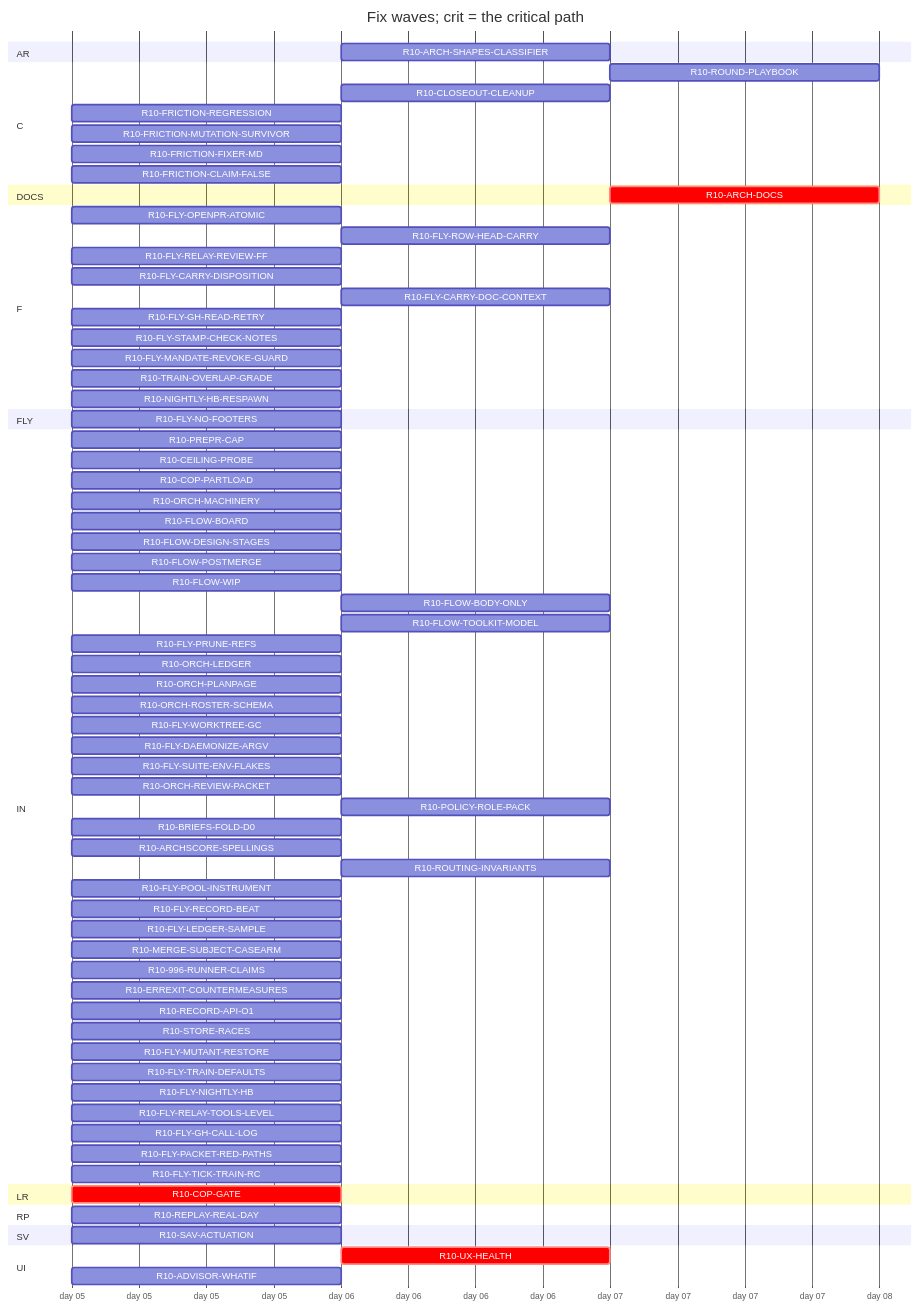
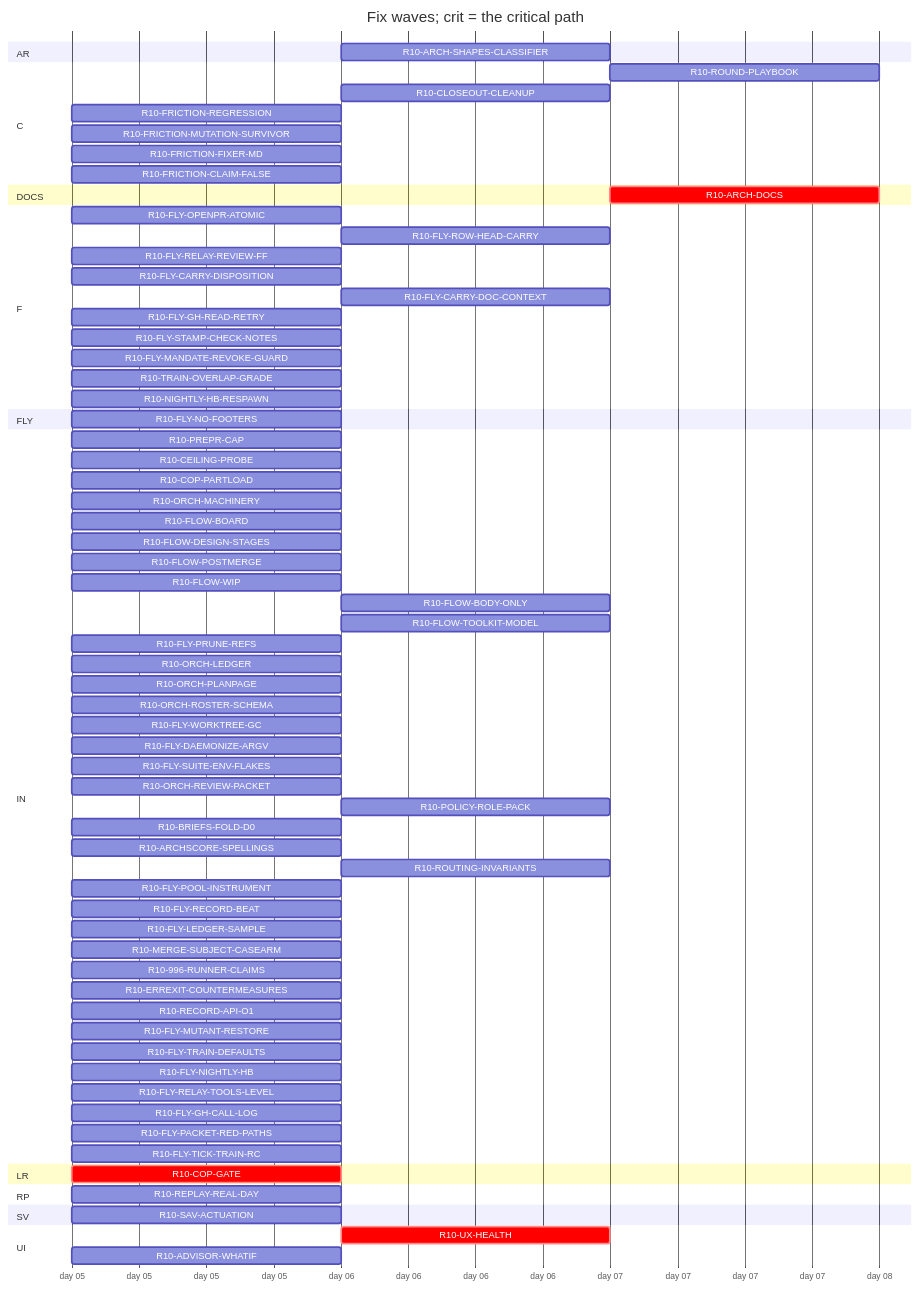
The diagram in handoff/round10/state/PLAN-TABLE.md (tvofi/heatpump_optimizer), drawn with Mermaid before and after one commit. The commit also changed other lines of this file and 3 other files, not shown here.

Commit message:
state: FLOW-BOARD.md, NEXT-SESSION-PROMPT.md, PLAN-TABLE.md, RESUME-CURRENT.md regenerated (state_docs.py)

````diff
--- a/handoff/round10/state/PLAN-TABLE.md
+++ b/handoff/round10/state/PLAN-TABLE.md
@@ -23,77 +23,76 @@
 ```mermaid
 gantt
   title Fix waves; crit = the critical path
   dateFormat YYYY-MM-DD
   axisFormat day %d
   section AR
     R10-ARCH-SHAPES-CLASSIFIER :r10ARCHSHAPESCLASSIFIER, after r10996RUNNERCLAIMS, 1d
   section C
     R10-ROUND-PLAYBOOK :r10ROUNDPLAYBOOK, after r10ORCHLEDGER r10ORCHPLANPAGE r10FLYRELAYREVIEWFF r10FLOWBODYONLY, 1d
     R10-CLOSEOUT-CLEANUP :r10CLOSEOUTCLEANUP, after r10FLYPRUNEREFS r10FLYWORKTREEGC, 1d
     R10-FRICTION-REGRESSION :r10FRICTIONREGRESSION, 2026-01-05, 1d
     R10-FRICTION-MUTATION-SURVIVOR :r10FRICTIONMUTATIONSURVIVOR, 2026-01-05, 1d
     R10-FRICTION-FIXER-MD :r10FRICTIONFIXERMD, 2026-01-05, 1d
     R10-FRICTION-CLAIM-FALSE :r10FRICTIONCLAIMFALSE, 2026-01-05, 1d
   section DOCS
     R10-ARCH-DOCS :crit, r10ARCHDOCS, after r10COPGATE r10UXHEALTH r10CEILINGPROBE r10COPPARTLOAD r10FLOWBOARD r10FLOWDESIGNSTAGES r10FLOWPOSTMERGE r10FLOWWIP r10FLOWBODYONLY r10FLYOPENPRATOMIC r10FLYROWHEADCARRY r10FLYRELAYREVIEWFF r10FLYCARRYDISPOSITION r10FLYCARRYDOCCONTEXT r10FLOWTOOLKITMODEL r10FLYSTAMPCHECKNOTES r10FLYMANDATEREVOKEGUARD r10TRAINOVERLAPGRADE r10NIGHTLYHBRESPAWN r10FLYPRUNEREFS r10ORCHLEDGER r10ORCHPLANPAGE r10ORCHROSTERSCHEMA r10FLYWORKTREEGC r10FLYDAEMONIZEARGV r10ORCHREVIEWPACKET r10POLICYROLEPACK r10BRIEFSFOLDD0 r10REPLAYREALDAY r10ARCHSCORESPELLINGS r10SAVACTUATION r10FLYLEDGERSAMPLE, 1d
   section F
     R10-FLY-OPENPR-ATOMIC :r10FLYOPENPRATOMIC, 2026-01-05, 1d
     R10-FLY-ROW-HEAD-CARRY :r10FLYROWHEADCARRY, after r10FLYOPENPRATOMIC, 1d
     R10-FLY-RELAY-REVIEW-FF :r10FLYRELAYREVIEWFF, 2026-01-05, 1d
     R10-FLY-CARRY-DISPOSITION :r10FLYCARRYDISPOSITION, 2026-01-05, 1d
     R10-FLY-CARRY-DOC-CONTEXT :r10FLYCARRYDOCCONTEXT, after r10FLYGHREADRETRY, 1d
     R10-FLY-GH-READ-RETRY :r10FLYGHREADRETRY, 2026-01-05, 1d
     R10-FLY-STAMP-CHECK-NOTES :r10FLYSTAMPCHECKNOTES, 2026-01-05, 1d
     R10-FLY-MANDATE-REVOKE-GUARD :r10FLYMANDATEREVOKEGUARD, 2026-01-05, 1d
     R10-TRAIN-OVERLAP-GRADE :r10TRAINOVERLAPGRADE, 2026-01-05, 1d
     R10-NIGHTLY-HB-RESPAWN :r10NIGHTLYHBRESPAWN, 2026-01-05, 1d
   section FLY
     R10-FLY-NO-FOOTERS :r10FLYNOFOOTERS, 2026-01-05, 1d
   section IN
     R10-PREPR-CAP :r10PREPRCAP, 2026-01-05, 1d
     R10-CEILING-PROBE :r10CEILINGPROBE, 2026-01-05, 1d
     R10-COP-PARTLOAD :r10COPPARTLOAD, 2026-01-05, 1d
     R10-ORCH-MACHINERY :r10ORCHMACHINERY, 2026-01-05, 1d
     R10-FLOW-BOARD :r10FLOWBOARD, 2026-01-05, 1d
     R10-FLOW-DESIGN-STAGES :r10FLOWDESIGNSTAGES, 2026-01-05, 1d
     R10-FLOW-POSTMERGE :r10FLOWPOSTMERGE, 2026-01-05, 1d
     R10-FLOW-WIP :r10FLOWWIP, 2026-01-05, 1d
     R10-FLOW-BODY-ONLY :r10FLOWBODYONLY, after r10FLYOPENPRATOMIC, 1d
     R10-FLOW-TOOLKIT-MODEL :r10FLOWTOOLKITMODEL, after r10ORCHPLANPAGE, 1d
     R10-FLY-PRUNE-REFS :r10FLYPRUNEREFS, 2026-01-05, 1d
     R10-ORCH-LEDGER :r10ORCHLEDGER, 2026-01-05, 1d
     R10-ORCH-PLANPAGE :r10ORCHPLANPAGE, 2026-01-05, 1d
     R10-ORCH-ROSTER-SCHEMA :r10ORCHROSTERSCHEMA, 2026-01-05, 1d
     R10-FLY-WORKTREE-GC :r10FLYWORKTREEGC, 2026-01-05, 1d
     R10-FLY-DAEMONIZE-ARGV :r10FLYDAEMONIZEARGV, 2026-01-05, 1d
     R10-FLY-SUITE-ENV-FLAKES :r10FLYSUITEENVFLAKES, 2026-01-05, 1d
     R10-ORCH-REVIEW-PACKET :r10ORCHREVIEWPACKET, 2026-01-05, 1d
     R10-POLICY-ROLE-PACK :r10POLICYROLEPACK, after r10FLOWDESIGNSTAGES, 1d
     R10-BRIEFS-FOLD-D0 :r10BRIEFSFOLDD0, 2026-01-05, 1d
     R10-ARCHSCORE-SPELLINGS :r10ARCHSCORESPELLINGS, 2026-01-05, 1d
     R10-ROUTING-INVARIANTS :r10ROUTINGINVARIANTS, after r10ORCHROSTERSCHEMA, 1d
     R10-FLY-POOL-INSTRUMENT :r10FLYPOOLINSTRUMENT, 2026-01-05, 1d
     R10-FLY-RECORD-BEAT :r10FLYRECORDBEAT, 2026-01-05, 1d
     R10-FLY-LEDGER-SAMPLE :r10FLYLEDGERSAMPLE, 2026-01-05, 1d
     R10-MERGE-SUBJECT-CASEARM :r10MERGESUBJECTCASEARM, 2026-01-05, 1d
     R10-996-RUNNER-CLAIMS :r10996RUNNERCLAIMS, 2026-01-05, 1d
     R10-ERREXIT-COUNTERMEASURES :r10ERREXITCOUNTERMEASURES, 2026-01-05, 1d
     R10-RECORD-API-O1 :r10RECORDAPIO1, 2026-01-05, 1d
-    R10-STORE-RACES :r10STORERACES, 2026-01-05, 1d
     R10-FLY-MUTANT-RESTORE :r10FLYMUTANTRESTORE, 2026-01-05, 1d
     R10-FLY-TRAIN-DEFAULTS :r10FLYTRAINDEFAULTS, 2026-01-05, 1d
     R10-FLY-NIGHTLY-HB :r10FLYNIGHTLYHB, 2026-01-05, 1d
     R10-FLY-RELAY-TOOLS-LEVEL :r10FLYRELAYTOOLSLEVEL, 2026-01-05, 1d
     R10-FLY-GH-CALL-LOG :r10FLYGHCALLLOG, 2026-01-05, 1d
     R10-FLY-PACKET-RED-PATHS :r10FLYPACKETREDPATHS, 2026-01-05, 1d
     R10-FLY-TICK-TRAIN-RC :r10FLYTICKTRAINRC, 2026-01-05, 1d
   section LR
     R10-COP-GATE :crit, r10COPGATE, 2026-01-05, 1d
   section RP
     R10-REPLAY-REAL-DAY :r10REPLAYREALDAY, 2026-01-05, 1d
   section SV
     R10-SAV-ACTUATION :r10SAVACTUATION, 2026-01-05, 1d
   section UI
     R10-UX-HEALTH :crit, r10UXHEALTH, after r10COPGATE, 1d
     R10-ADVISOR-WHATIF :r10ADVISORWHATIF, 2026-01-05, 1d
 ```
````
